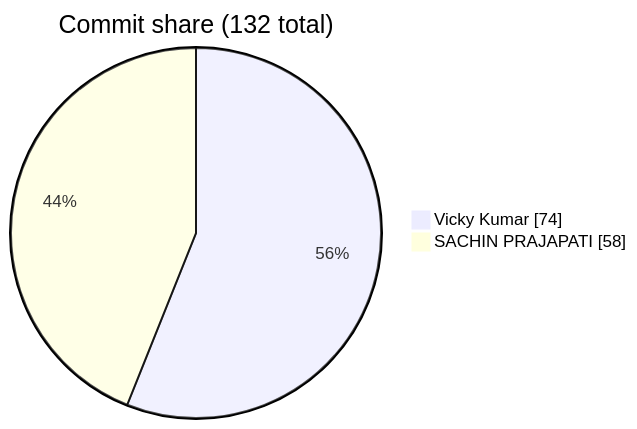
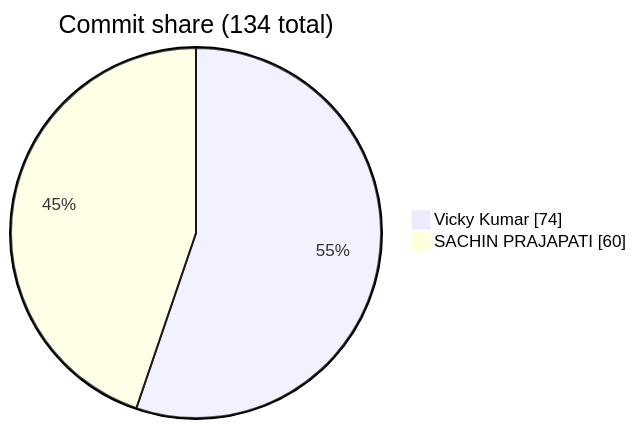
Before and after one commit to FiscalMindset/Clipo: the seventh of 7 diagrams in README.md, drawn with Mermaid.

Commit message:
docs(readme): auto-update contributor stats and star history

````diff
--- a/README.md
+++ b/README.md
@@ -752,5 +752,5 @@
 ```mermaid
-pie showData title Commit share (132 total)
+pie showData title Commit share (134 total)
     "Vicky Kumar" : 74
-    "SACHIN PRAJAPATI" : 58
+    "SACHIN PRAJAPATI" : 60
 ```
````
